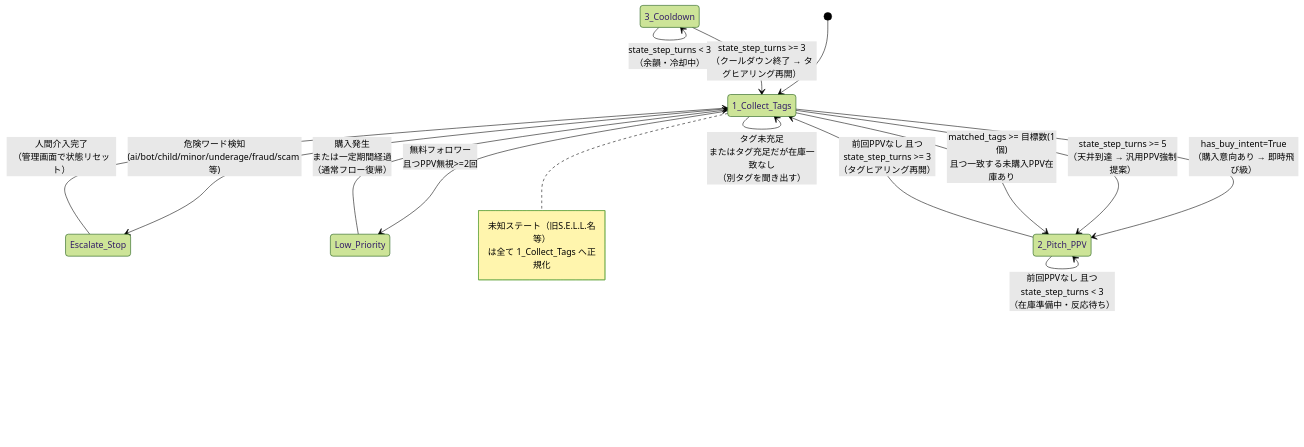
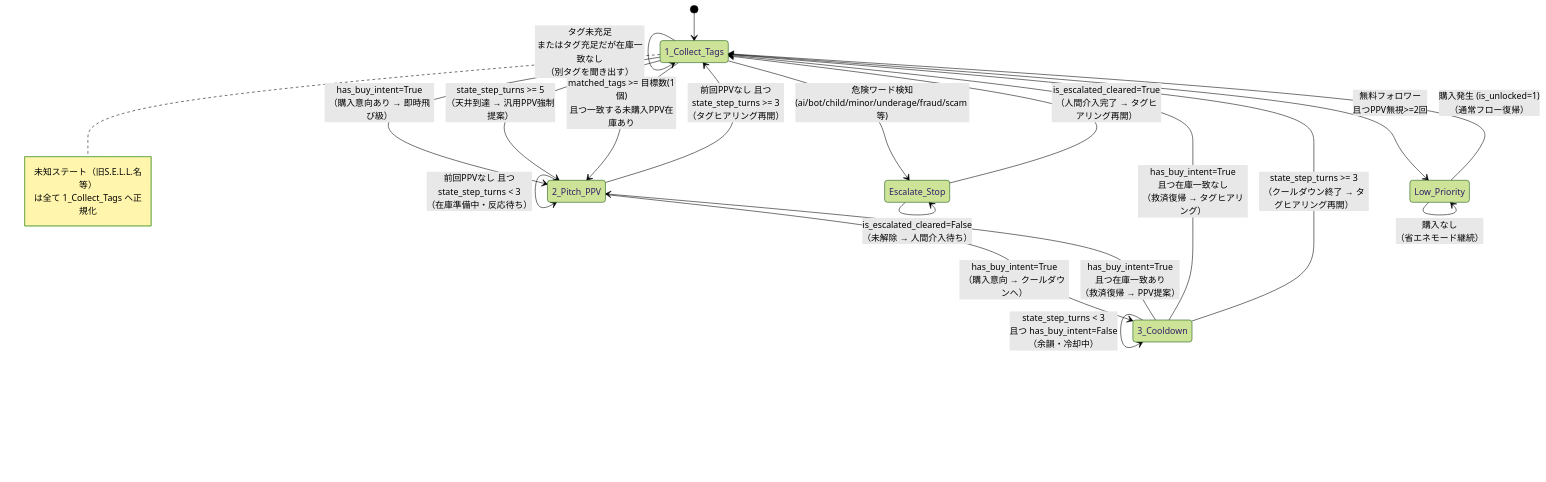
Before and after one commit to Sanyu-coder/Fansly_Empire: the diagram in AI_DM_Sales/app/services/state_machine_diagram.md, drawn with Mermaid (forest theme). The commit also changed other lines of this file and 5 other files, not shown here.

````diff
--- a/AI_DM_Sales/app/services/state_machine_diagram.md
+++ b/AI_DM_Sales/app/services/state_machine_diagram.md
@@ -15,47 +15,59 @@
 ```mermaid
 stateDiagram-v2
     [*] --> 1_Collect_Tags
 
     %% ============ 1_Collect_Tags からの遷移 ============
     
     %% 例外ルート（最優先判定）
     1_Collect_Tags --> Escalate_Stop : 危険ワード検知<br/>(ai/bot/child/minor/underage/fraud/scam 等)
     1_Collect_Tags --> Low_Priority : 無料フォロワー<br/>且つPPV無視>=2回
 
     %% 例外① 即買い飛び級
     1_Collect_Tags --> 2_Pitch_PPV : has_buy_intent=True<br/>（購入意向あり → 即時飛び級）
 
     %% 救済① 天井到達
     1_Collect_Tags --> 2_Pitch_PPV : state_step_turns >= 5<br/>（天井到達 → 汎用PPV強制提案）
 
     %% 通常ルート
     1_Collect_Tags --> 2_Pitch_PPV : matched_tags >= 目標数(1個)<br/>且つ一致する未購入PPV在庫あり
     1_Collect_Tags --> 1_Collect_Tags : タグ未充足<br/>またはタグ充足だが在庫一致なし<br/>（別タグを聞き出す）
 
     %% ============ 2_Pitch_PPV からの遷移 ============
     
+    %% [破綻1修正] 購入意向検出 → 3_Cooldown
+    2_Pitch_PPV --> 3_Cooldown : has_buy_intent=True<br/>（購入意向 → クールダウンへ）
+
     %% 前回PPV提案済み → 滞在（ファンの反応待ち）
-    2_Pitch_PPV --> 2_Pitch_PPV : 前回PPV提案済み<br/>（ファンの反応待ち）
+    2_Pitch_PPV --> 2_Pitch_PPV : 前回PPV提案済み 且つ<br/>has_buy_intent=False<br/>（ファンの反応待ち）
     
     %% 前回PPVなし（在庫0件で遷移）→ 3往復で復帰
     2_Pitch_PPV --> 1_Collect_Tags : 前回PPVなし 且つ<br/>state_step_turns >= 3<br/>（タグヒアリング再開）
     2_Pitch_PPV --> 2_Pitch_PPV : 前回PPVなし 且つ<br/>state_step_turns < 3<br/>（在庫準備中・反応待ち）
 
     %% ============ 3_Cooldown からの遷移 ============
     
+    %% [破綻2修正] 冷却中の購入意向救済
+    3_Cooldown --> 2_Pitch_PPV : has_buy_intent=True<br/>且つ在庫一致あり<br/>（救済復帰 → PPV提案）
+    3_Cooldown --> 1_Collect_Tags : has_buy_intent=True<br/>且つ在庫一致なし<br/>（救済復帰 → タグヒアリング）
+
+    %% 通常クールダウン
     3_Cooldown --> 1_Collect_Tags : state_step_turns >= 3<br/>（クールダウン終了 → タグヒアリング再開）
-    3_Cooldown --> 3_Cooldown : state_step_turns < 3<br/>（余韻・冷却中）
+    3_Cooldown --> 3_Cooldown : state_step_turns < 3<br/>且つ has_buy_intent=False<br/>（余韻・冷却中）
 
     %% ============ 例外ステートからの復帰 ============
     
-    %% 手動介入 / 人間確認後 → 通常フローへ復帰
-    Escalate_Stop --> 1_Collect_Tags : 人間介入完了<br/>（管理画面で状態リセット）
-    Low_Priority --> 1_Collect_Tags : 購入発生<br/>または一定期間経過<br/>（通常フロー復帰）
+    %% [破綻3a修正] Escalate_Stop 復帰
+    Escalate_Stop --> 1_Collect_Tags : is_escalated_cleared=True<br/>（人間介入完了 → タグヒアリング再開）
+    Escalate_Stop --> Escalate_Stop : is_escalated_cleared=False<br/>（未解除 → 人間介入待ち）
+
+    %% [破綻3b修正] Low_Priority 復帰
+    Low_Priority --> 1_Collect_Tags : 購入発生 (is_unlocked=1)<br/>（通常フロー復帰）
+    Low_Priority --> Low_Priority : 購入なし<br/>（省エネモード継続）
 
     %% ============ 未知ステート正規化 ============
     
     note right of 1_Collect_Tags
         未知ステート（旧S.E.L.L.名等）
         は全て 1_Collect_Tags へ正規化
     end note
 ```
````
